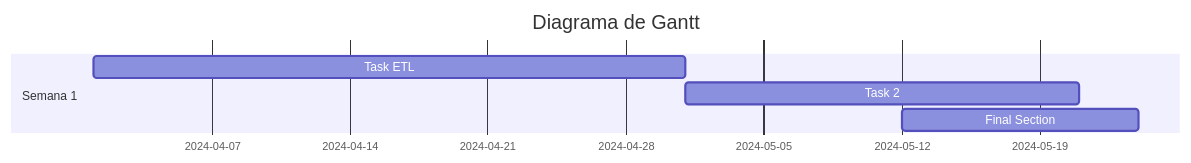
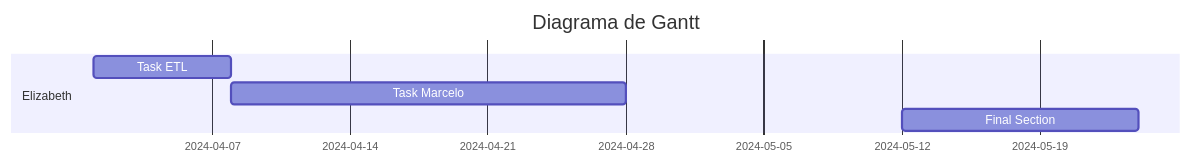
The diagram in README.md (Beth-94/testmermaid), drawn with Mermaid before and after one commit.

````diff
--- a/README.md
+++ b/README.md
@@ -8,11 +8,11 @@
 ```mermaid
 gantt
     title Diagrama de Gantt 
 
-    section Semana 1
-    Task ETL           :a1, 2024-04-01, 30d
-    Task 2           :after a1  , 20d
+    section Elizabeth
+    Task ETL           :a1, 2024-04-01, 7d
+    Task Marcelo           :after a1  , 20d
     Final Section    : 2024-05-12  , 12d
 
 
 ```
````
